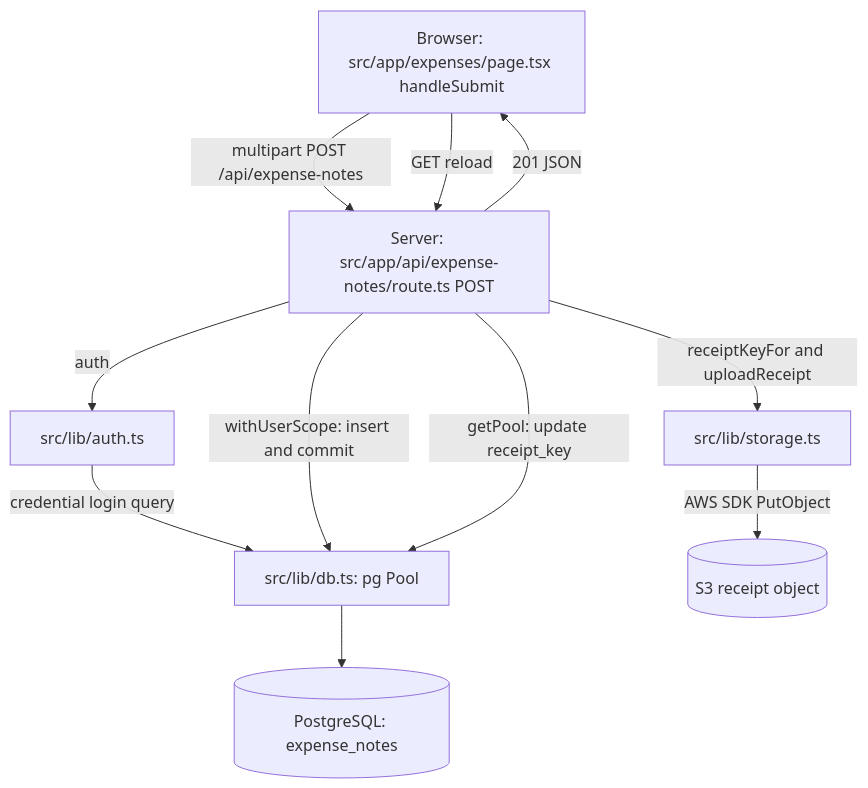
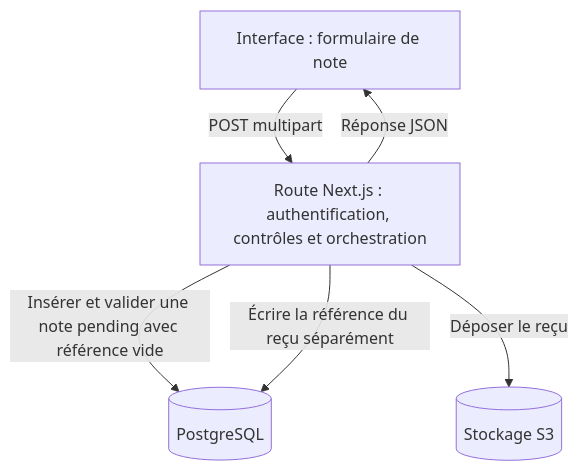
Before and after one commit to maiabuc/expense-io: the first of 2 diagrams in docs/audit/architecture.md, drawn with Mermaid. The commit also changed other lines of this file and 16 other files, not shown here.

````diff
--- a/docs/audit/architecture.md
+++ b/docs/audit/architecture.md
@@ -21,13 +17,8 @@
 ```mermaid
 flowchart TD
-  UI[Browser: src/app/expenses/page.tsx handleSubmit] -->|multipart POST /api/expense-notes| R[Server: src/app/api/expense-notes/route.ts POST]
-  R -->|auth| A[src/lib/auth.ts]
-  A -->|credential login query| D[src/lib/db.ts: pg Pool]
-  R -->|withUserScope: insert and commit| D
-  D --> P[(PostgreSQL: expense_notes)]
-  R -->|receiptKeyFor and uploadReceipt| S[src/lib/storage.ts]
-  S -->|AWS SDK PutObject| O[(S3 receipt object)]
-  R -->|getPool: update receipt_key| D
-  R -->|201 JSON| UI
-  UI -->|GET reload| R
+  UI[Interface : formulaire de note] -->|POST multipart| R[Route Next.js : authentification, contrôles et orchestration]
+  R -->|Insérer et valider une note pending avec référence vide| DB[(PostgreSQL)]
+  R -->|Déposer le reçu| S3[(Stockage S3)]
+  R -->|Écrire la référence du reçu séparément| DB
+  R -->|Réponse JSON| UI
 ```
````
